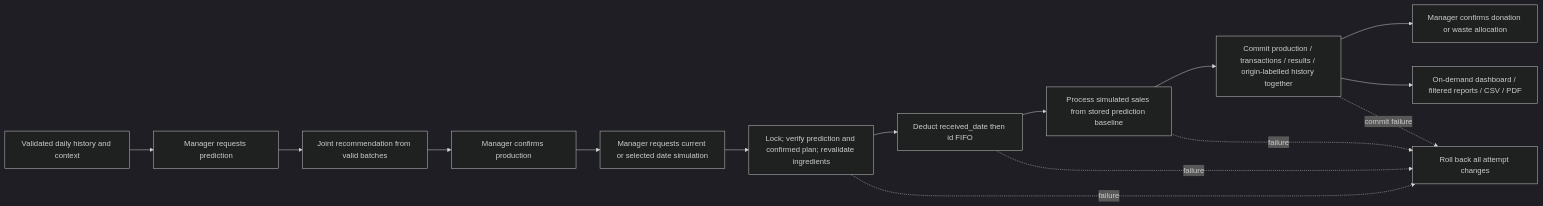
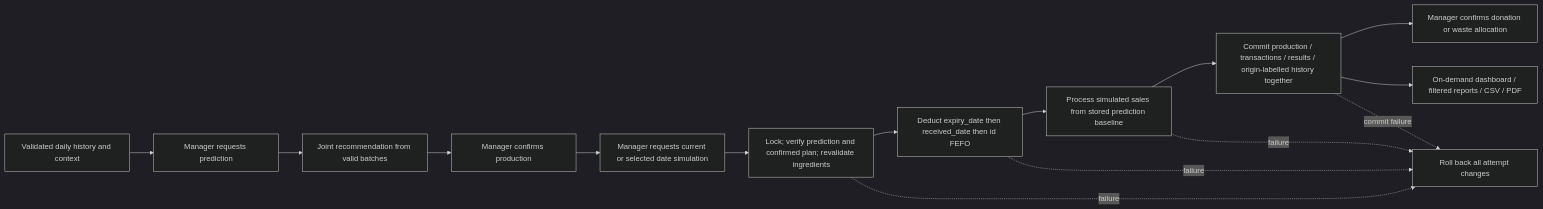
Before and after one commit to KINMINSOO123/fyp: the second of 2 diagrams in Final Year Project/structure_chart.md, drawn with Mermaid (dark theme). The commit also changed other lines of this file and 76 other files, not shown here.

````diff
--- a/Final Year Project/structure_chart.md
+++ b/Final Year Project/structure_chart.md
@@ -43,17 +45,17 @@
 ```mermaid
 flowchart LR
   H[Validated daily history and context] --> P[Manager requests prediction]
   P --> B[Joint recommendation from valid batches]
   B --> C[Manager confirms production]
   C --> T[Manager requests current or selected date simulation]
   T --> V[Lock; verify prediction and confirmed plan; revalidate ingredients]
-  V --> F[Deduct received_date then id FIFO]
+  V --> F[Deduct expiry_date then received_date then id FEFO]
   F --> D[Process simulated sales from stored prediction baseline]
   D --> K[Commit production / transactions / results / origin-labelled history together]
   K --> L[Manager confirms donation or waste allocation]
   K --> R[On-demand dashboard / filtered reports / CSV / PDF]
   V -. failure .-> Z[Roll back all attempt changes]
   F -. failure .-> Z
   D -. failure .-> Z
   K -. commit failure .-> Z
 ```
````
